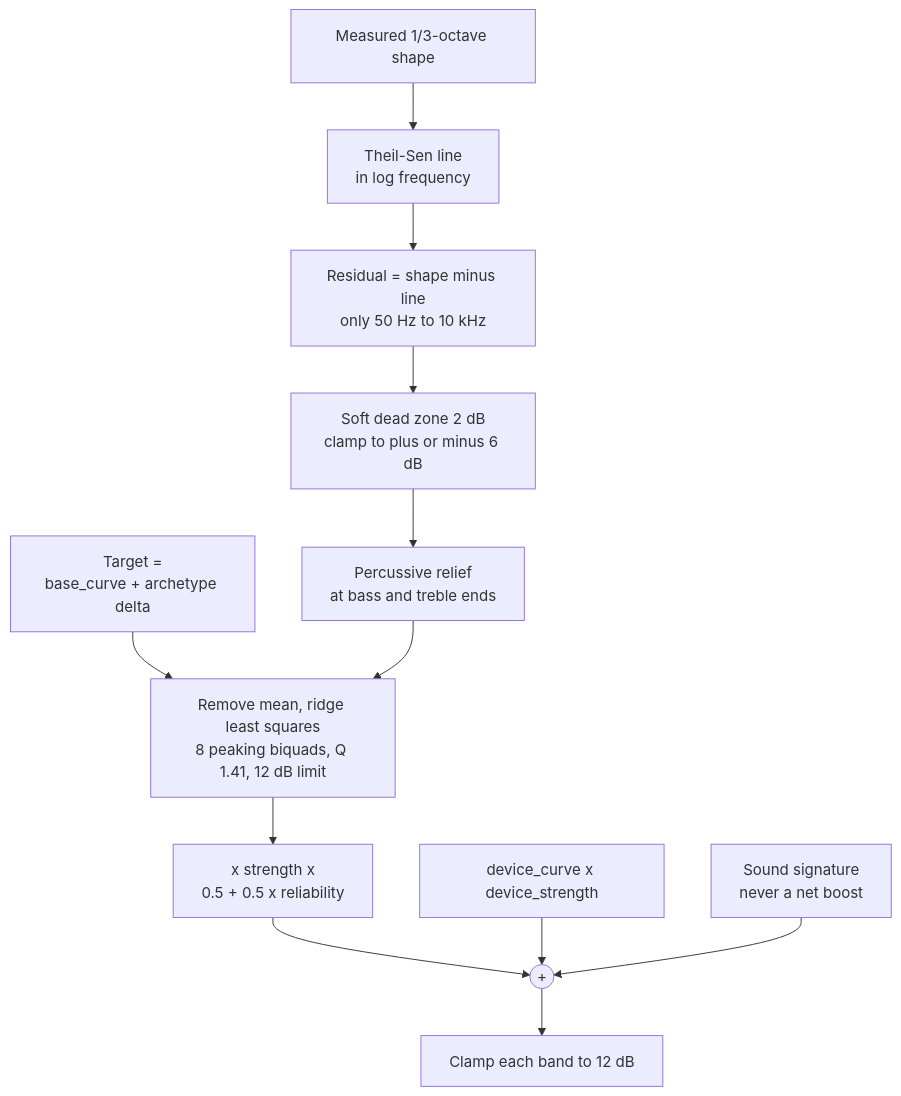
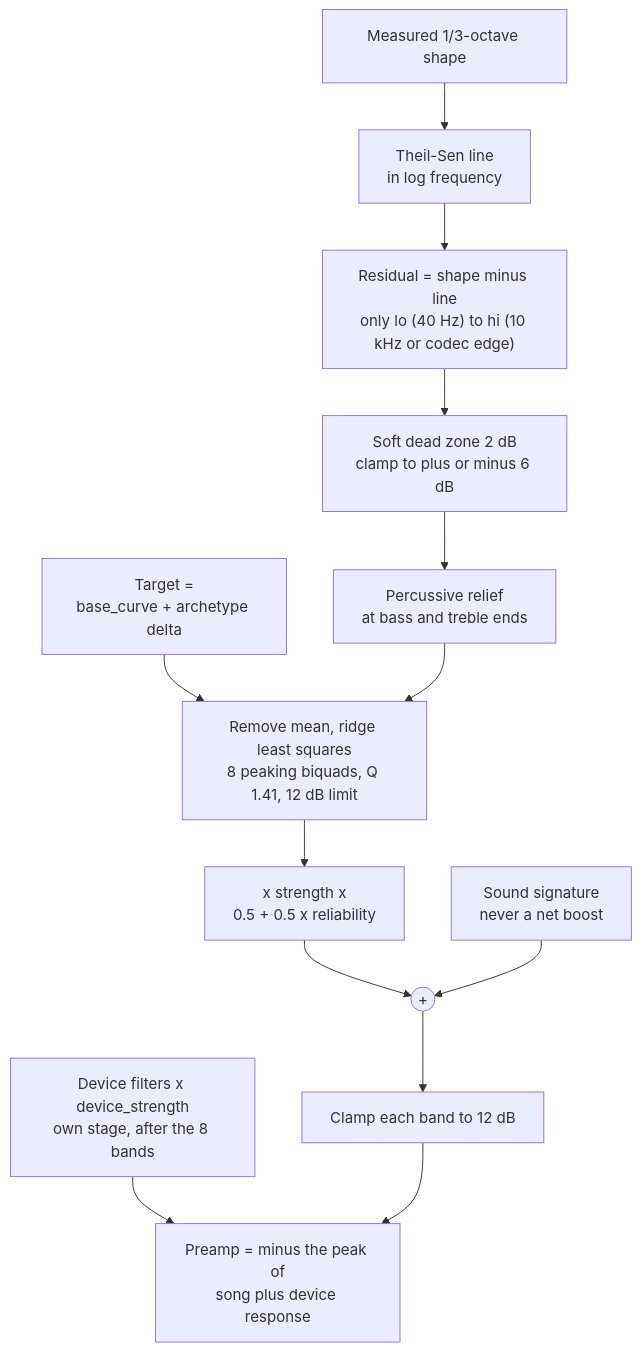
One commit to rizqyep/leungo changed the fifth of 5 diagrams in TECHNICAL.md. Above: the diagram before and after it, drawn with Mermaid. The commit also changed other lines of this file and 26 other files, not shown here.

````diff
--- a/TECHNICAL.md
+++ b/TECHNICAL.md
@@ -224,14 +262,15 @@
 ```mermaid
 flowchart TD
     M["Measured 1/3-octave shape"] --> TL["Theil-Sen line<br/>in log frequency"]
-    TL --> R["Residual = shape minus line<br/>only 50 Hz to 10 kHz"]
+    TL --> R["Residual = shape minus line<br/>only lo (40 Hz) to hi (10 kHz or codec edge)"]
     R --> DZ["Soft dead zone 2 dB<br/>clamp to plus or minus 6 dB"]
     DZ --> PR["Percussive relief<br/>at bass and treble ends"]
     TG["Target =<br/>base_curve + archetype delta"] --> LS
     PR --> LS["Remove mean, ridge least squares<br/>8 peaking biquads, Q 1.41, 12 dB limit"]
     LS --> SC["x strength x<br/>0.5 + 0.5 x reliability"]
     SC --> SUM(("+"))
-    DEV["device_curve x device_strength"] --> SUM
     SIG["Sound signature<br/>never a net boost"] --> SUM
     SUM --> CL["Clamp each band to 12 dB"]
+    DEV["Device filters x device_strength<br/>own stage, after the 8 bands"] --> PRE["Preamp = minus the peak of<br/>song plus device response"]
+    CL --> PRE
 ```
````
